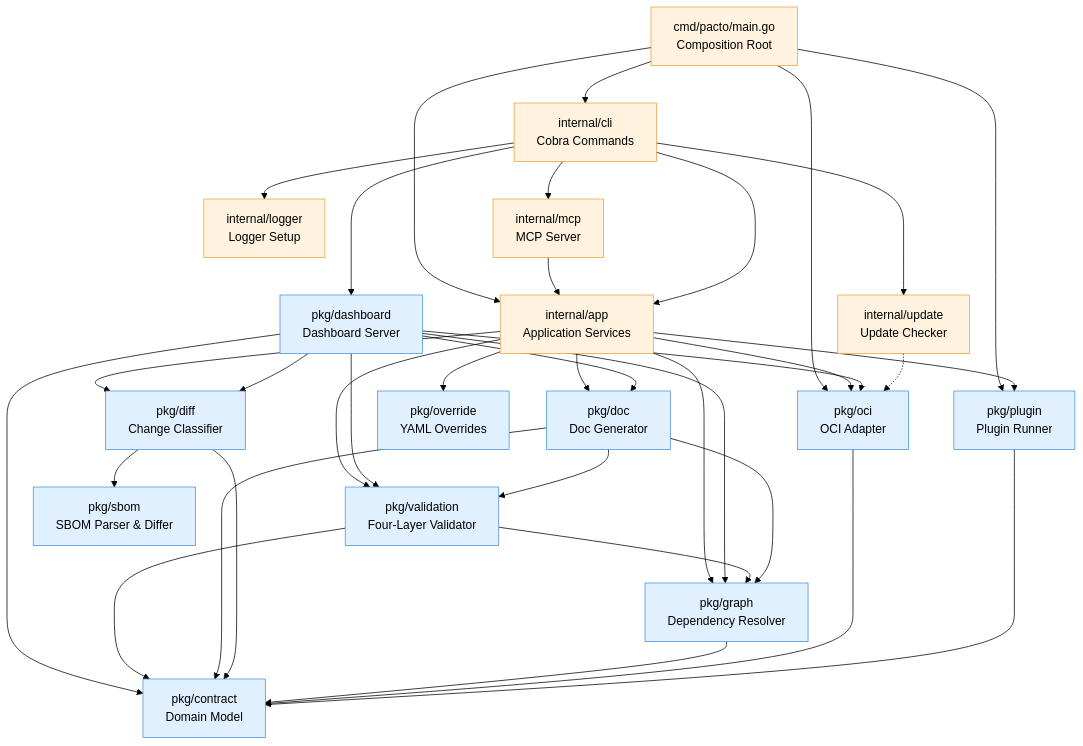
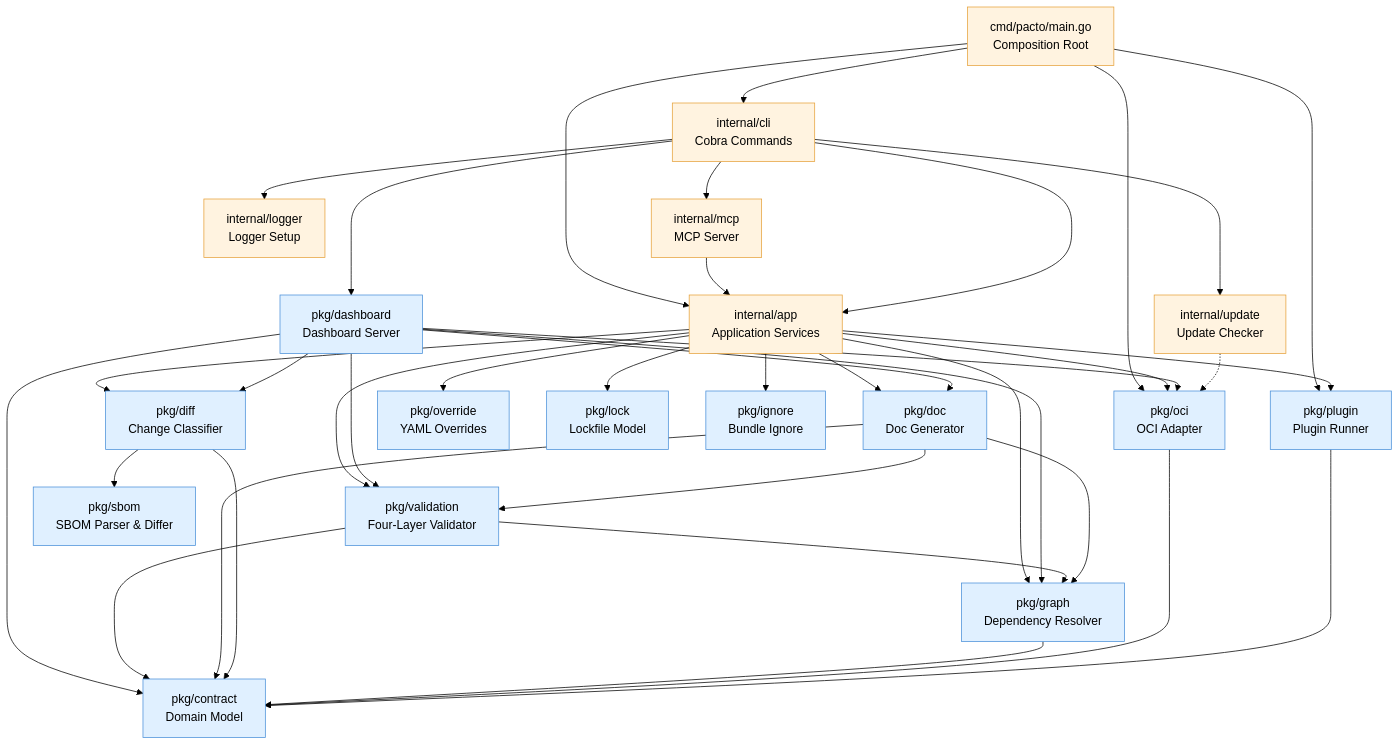
Before and after one commit to TrianaLab/pacto: the first of 2 diagrams in docs/architecture.md, drawn with Mermaid (forest theme). The commit also changed other lines of this file and 227 other files, not shown here.

First line of the commit message:
feat: pacto.lock dependency lockfile + .pactoignore packaging ignore (#192)

````diff
--- a/docs/architecture.md
+++ b/docs/architecture.md
@@ -7,42 +7,44 @@
 ```mermaid
 graph TD
     MAIN[cmd/pacto/main.go<br/>Composition Root] --> CLI[internal/cli<br/>Cobra Commands]
     MAIN --> APP
     MAIN --> OCI
     MAIN --> PLUG
     CLI --> LOG[internal/logger<br/>Logger Setup]
     CLI --> MCP[internal/mcp<br/>MCP Server]
     CLI --> UPDATE[internal/update<br/>Update Checker]
     MCP --> APP
     CLI --> APP[internal/app<br/>Application Services]
     APP --> VAL[pkg/validation<br/>Four-Layer Validator]
     APP --> DIFF[pkg/diff<br/>Change Classifier]
     APP --> GRAPH[pkg/graph<br/>Dependency Resolver]
     APP --> OCI[pkg/oci<br/>OCI Adapter]
     APP --> PLUG[pkg/plugin<br/>Plugin Runner]
     APP --> DOC[pkg/doc<br/>Doc Generator]
     APP --> OVER[pkg/override<br/>YAML Overrides]
     CLI --> DASH[pkg/dashboard<br/>Dashboard Server]
     DASH --> CONTRACT
     DASH --> DOC
     DASH --> DIFF
     DASH --> VAL
     DASH --> GRAPH
     DASH --> OCI
     DIFF --> SBOM[pkg/sbom<br/>SBOM Parser & Differ]
     VAL --> GRAPH
     DOC --> GRAPH
     DOC --> VAL
     VAL --> CONTRACT[pkg/contract<br/>Domain Model]
     DOC --> CONTRACT
     DIFF --> CONTRACT
     GRAPH --> CONTRACT
     OCI --> CONTRACT
     PLUG --> CONTRACT
     UPDATE -.-> OCI
+    APP --> LOCK[pkg/lock<br/>Lockfile Model]
+    APP --> IGN[pkg/ignore<br/>Bundle Ignore]
 
     classDef pkg fill:#e0f0ff,stroke:#4a90d9
     classDef internal fill:#fff3e0,stroke:#e6a23c
-    class CONTRACT,VAL,DIFF,GRAPH,PLUG,DOC,SBOM,OVER,DASH,OCI pkg
+    class CONTRACT,VAL,DIFF,GRAPH,PLUG,DOC,SBOM,OVER,DASH,OCI,LOCK,IGN pkg
     class APP,CLI,LOG,MCP,MAIN,UPDATE internal
 ```
````
